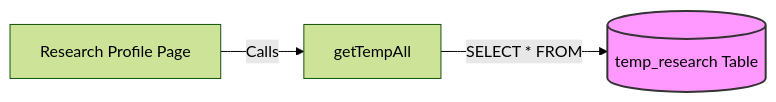
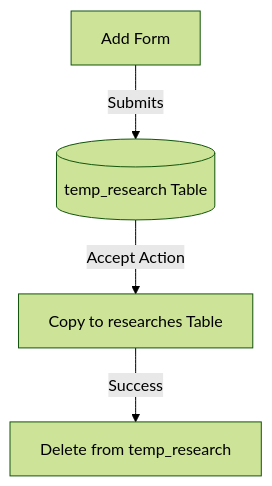
Before and after one commit to npcabrera13/crud-system: the diagram in activity/pinfo1/tutorialko.md, drawn with Mermaid (forest theme). The commit also changed other lines of this file and 74 other files, not shown here.

````diff
--- a/activity/pinfo1/tutorialko.md
+++ b/activity/pinfo1/tutorialko.md
@@ -46,6 +108,6 @@
 ```mermaid
-graph LR
-    A[Research Profile Page] -->|Calls| B[getTempAll]
-    B -->|SELECT * FROM| C[(temp_research Table)]
-    style C fill:#f9f,stroke:#333,stroke-width:2px
+graph TD
+    A[Add Form] -->|Submits| B[(temp_research Table)]
+    B -->|Accept Action| C[Copy to researches Table]
+    C -->|Success| D[Delete from temp_research]
 ```
````
